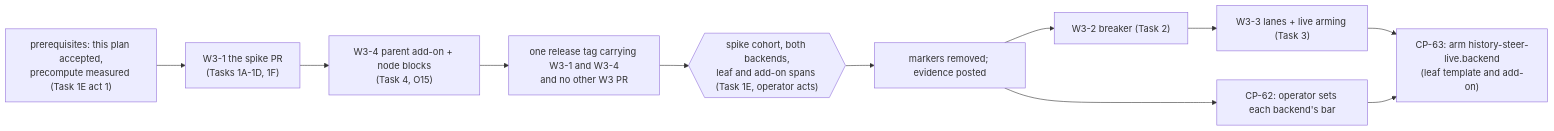
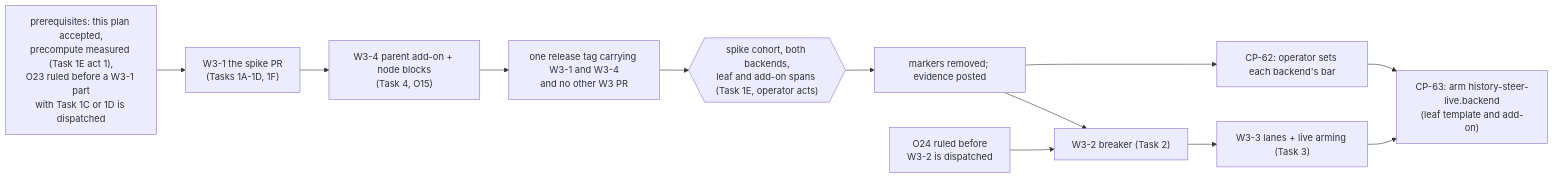
One commit to Synapsium-Labs/ccrc-pwa changed the diagram in docs/superpowers/plans/2026-10-29-ccrc-history-w3-steering.md. Above: the diagram before and after it, drawn with Mermaid. The commit also changed other lines of this file and 1 other file, not shown here.

First line of the commit message:
docs(history): fix round 10 on the W3 plan and the W4 addendum (review 1695)

````diff
--- a/docs/superpowers/plans/2026-10-29-ccrc-history-w3-steering.md
+++ b/docs/superpowers/plans/2026-10-29-ccrc-history-w3-steering.md
@@ -130,13 +131,14 @@
 ```mermaid
 flowchart LR
-  P["prerequisites: this plan accepted,<br/>precompute measured (Task 1E act 1)"] --> T1["W3-1 the spike PR<br/>(Tasks 1A-1D, 1F)"]
+  P["prerequisites: this plan accepted,<br/>precompute measured (Task 1E act 1),<br/>O23 ruled before a W3-1 part<br/>with Task 1C or 1D is dispatched"] --> T1["W3-1 the spike PR<br/>(Tasks 1A-1D, 1F)"]
   T1 --> T4["W3-4 parent add-on + node blocks<br/>(Task 4, O15)"]
   T4 --> R1["one release tag carrying W3-1 and W3-4<br/>and no other W3 PR"]
   R1 --> C{{"spike cohort, both backends,<br/>leaf and add-on spans (Task 1E, operator acts)"}}
   C --> E["markers removed; evidence posted"]
   E --> B["CP-62: operator sets each backend's bar"]
   E --> T2["W3-2 breaker (Task 2)"]
+  Q24["O24 ruled before<br/>W3-2 is dispatched"] --> T2
   T2 --> T3["W3-3 lanes + live arming (Task 3)"]
   T3 --> A["CP-63: arm history-steer-live.backend<br/>(leaf template and add-on)"]
   B --> A
 ```
````
